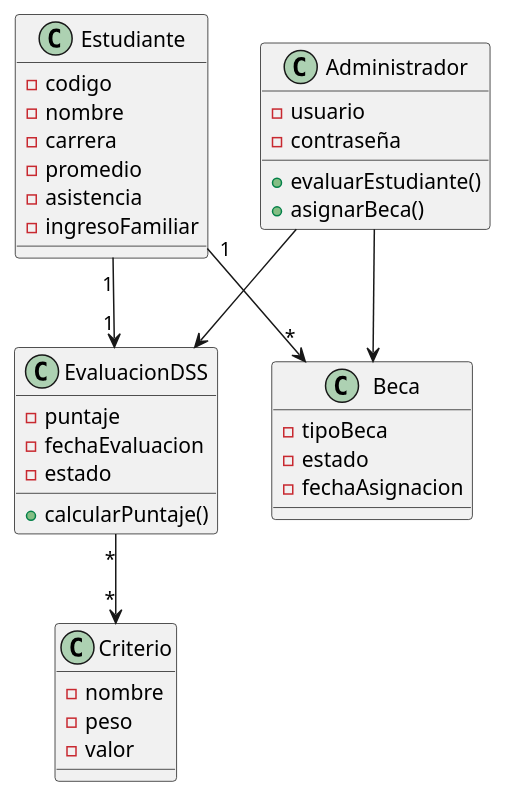
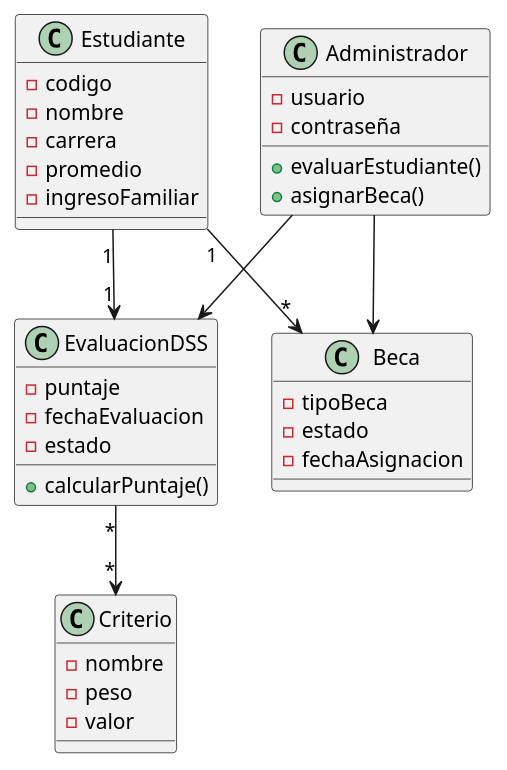
One commit to Nahuel830/DSS-Becas changed the diagram in docs/uml/clases.puml. Above: the diagram before and after it, drawn with PlantUML.

```diff
--- a/docs/uml/clases.puml
+++ b/docs/uml/clases.puml
@@ -1,44 +1,43 @@
 @startuml
 
 class Estudiante {
 - codigo
 - nombre
 - carrera
 - promedio
-- asistencia
 - ingresoFamiliar
 }
 
 class EvaluacionDSS {
 - puntaje
 - fechaEvaluacion
 - estado
 + calcularPuntaje()
 }
 
 class Criterio {
 - nombre
 - peso
 - valor
 }
 
 class Beca {
 - tipoBeca
 - estado
 - fechaAsignacion
 }
 
 class Administrador {
 - usuario
 - contraseña
 + evaluarEstudiante()
 + asignarBeca()
 }
 
 Estudiante "1" --> "1" EvaluacionDSS
 EvaluacionDSS "*" --> "*" Criterio
 Estudiante "1" --> "*" Beca
 Administrador --> EvaluacionDSS
 Administrador --> Beca
 
 @enduml
```
